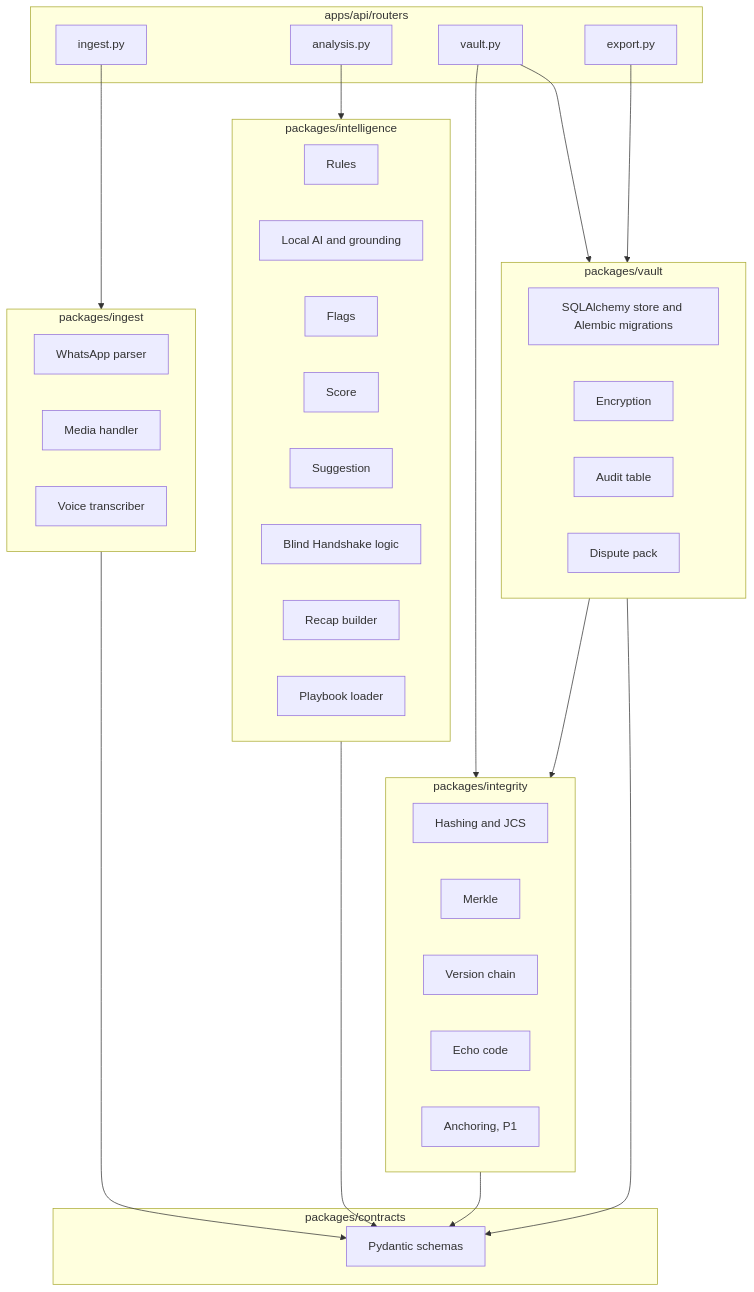
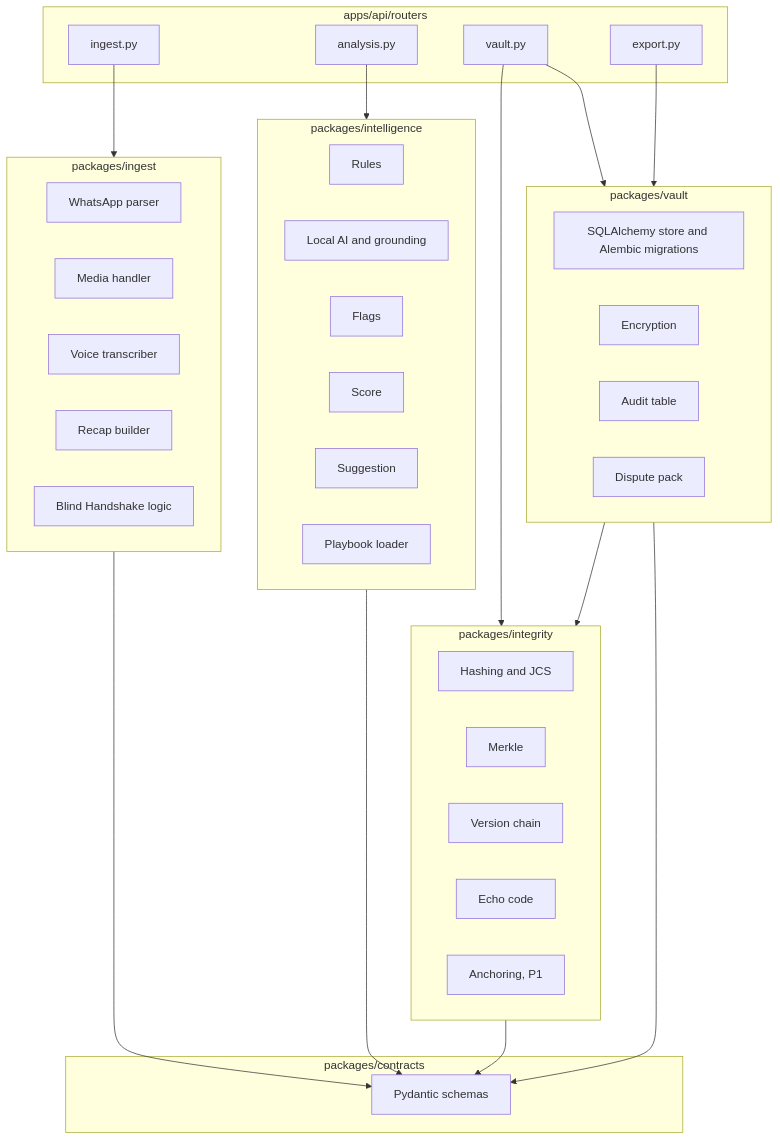
Before and after one commit to HARDIKSINGH150206/Veridoc: the third of 7 diagrams in docs/ARCHITECTURE.md, drawn with Mermaid. The commit also changed other lines of this file and 17 other files, not shown here.

Commit message:
docs: move recap, handshake and template ownership to Area 1; add repo config files

````diff
--- a/docs/ARCHITECTURE.md
+++ b/docs/ARCHITECTURE.md
@@ -74,50 +74,50 @@
 ```mermaid
 flowchart TB
   subgraph Routers["apps/api/routers"]
     R1["ingest.py"]
     R2["analysis.py"]
     R3["vault.py"]
     R4["export.py"]
   end
   subgraph Contracts["packages/contracts"]
     CT["Pydantic schemas"]
   end
   subgraph Ingest["packages/ingest"]
     P["WhatsApp parser"]
     M["Media handler"]
     V["Voice transcriber"]
+    RC["Recap builder"]
+    HS["Blind Handshake logic"]
   end
   subgraph Intel["packages/intelligence"]
     RU["Rules"]
     LM["Local AI and grounding"]
     FL["Flags"]
     SC["Score"]
     SG["Suggestion"]
-    HS["Blind Handshake logic"]
-    RC["Recap builder"]
     PB["Playbook loader"]
   end
   subgraph Integ["packages/integrity"]
     HA["Hashing and JCS"]
     MK["Merkle"]
     VC["Version chain"]
     EC["Echo code"]
     AN["Anchoring, P1"]
   end
   subgraph Vault["packages/vault"]
     ST["SQLAlchemy store and Alembic migrations"]
     EN["Encryption"]
     AU["Audit table"]
     DP["Dispute pack"]
   end
   R1 --> Ingest
   R2 --> Intel
   R3 --> Integ
   R3 --> Vault
   R4 --> Vault
   Ingest --> CT
   Intel --> CT
   Integ --> CT
   Vault --> CT
   Vault --> Integ
 ```
````
